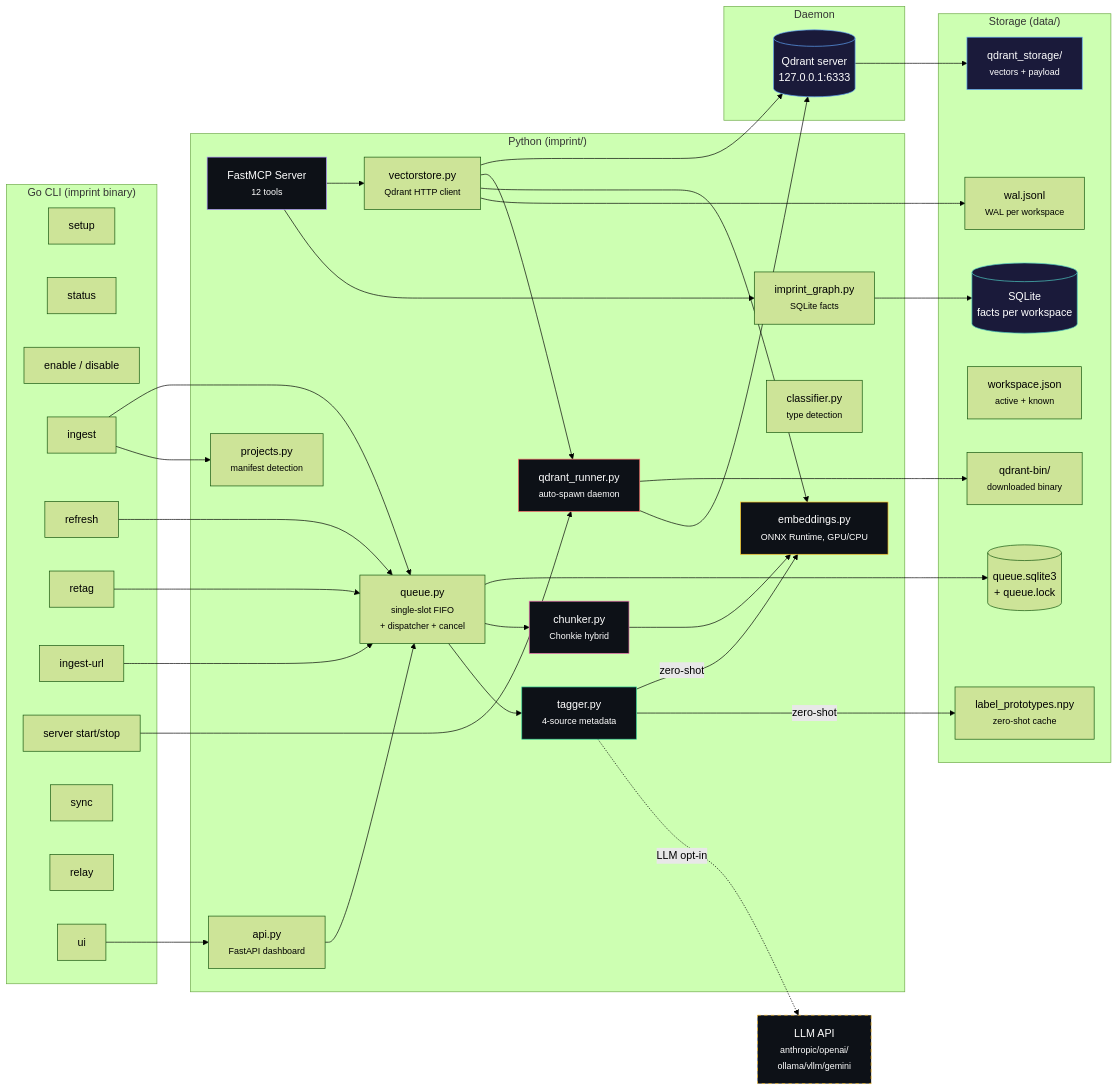
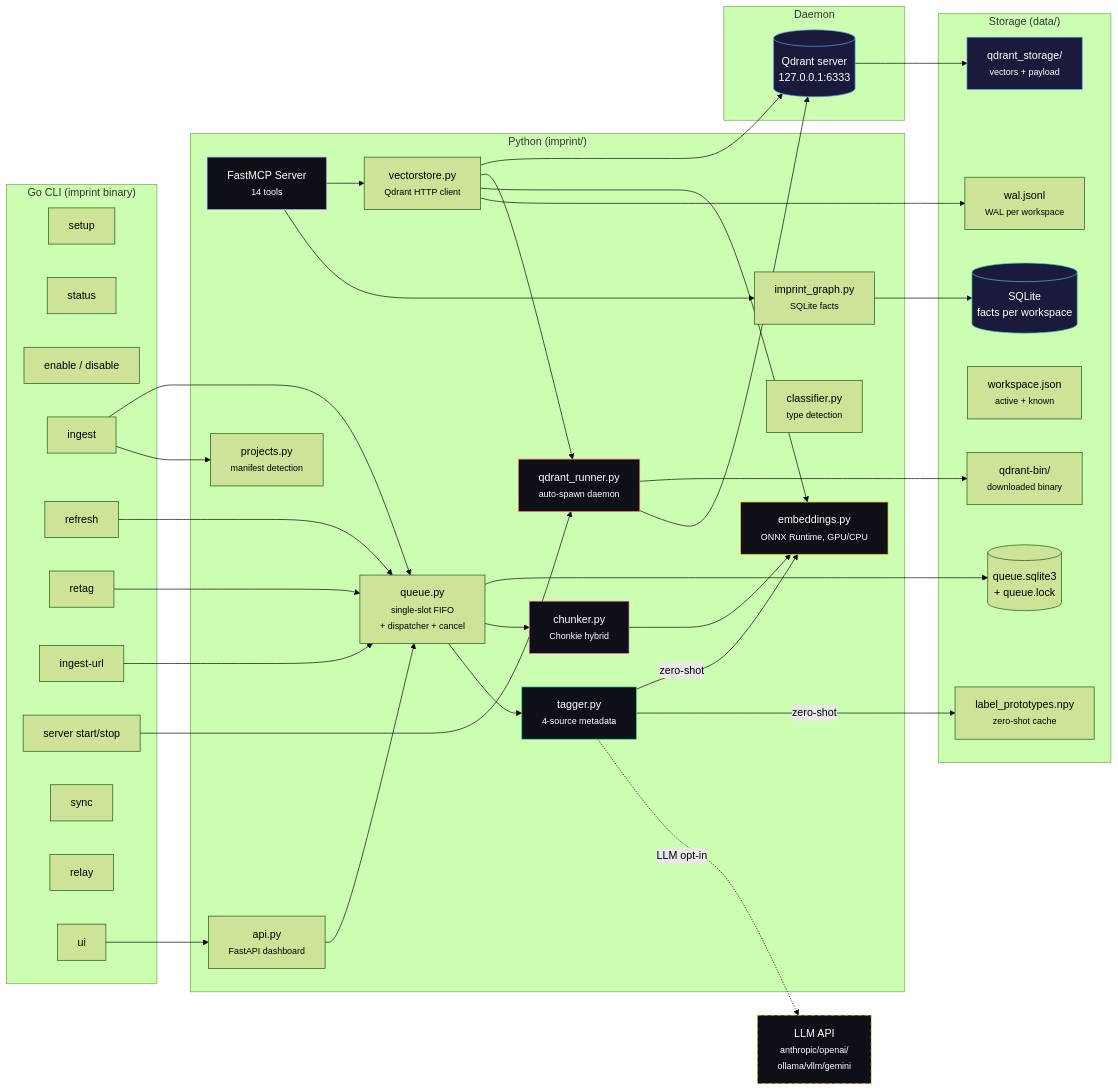
One commit to alexandruleca/imprint-memory-layer changed the first of 3 diagrams in docs/architecture.md. Above: the diagram before and after it, drawn with Mermaid (forest theme). The commit also changed other lines of this file and 157 other files, not shown here.

````diff
--- a/docs/architecture.md
+++ b/docs/architecture.md
@@ -7,75 +7,75 @@
 ```mermaid
 graph LR
     subgraph "Go CLI (imprint binary)"
         SETUP[setup]
         STATUS[status]
         ENABLE[enable / disable]
         INGEST[ingest]
         REFRESH[refresh]
         RETAG[retag]
         IURL[ingest-url]
         SERVER[server start/stop]
         SYNC[sync]
         RELAY[relay]
         UI[ui]
     end
 
     subgraph "Python (imprint/)"
-        MCP[FastMCP Server<br/><small>12 tools</small>]
+        MCP[FastMCP Server<br/><small>14 tools</small>]
         VS[vectorstore.py<br/><small>Qdrant HTTP client</small>]
         QR[qdrant_runner.py<br/><small>auto-spawn daemon</small>]
         EMB[embeddings.py<br/><small>ONNX Runtime, GPU/CPU</small>]
         KG[imprint_graph.py<br/><small>SQLite facts</small>]
         CHK[chunker.py<br/><small>Chonkie hybrid</small>]
         TAG[tagger.py<br/><small>4-source metadata</small>]
         CLS[classifier.py<br/><small>type detection</small>]
         PRJ[projects.py<br/><small>manifest detection</small>]
         QUEUE[queue.py<br/><small>single-slot FIFO<br/>+ dispatcher + cancel</small>]
         API[api.py<br/><small>FastAPI dashboard</small>]
     end
 
     subgraph "Daemon"
         QSRV[(Qdrant server<br/>127.0.0.1:6333)]
     end
 
     subgraph "Storage (data/)"
         QSTORE[qdrant_storage/<br/><small>vectors + payload</small>]
         SQLITE[(SQLite<br/>facts per workspace)]
         WAL[wal.jsonl<br/><small>WAL per workspace</small>]
         WSCFG[workspace.json<br/><small>active + known</small>]
         PROTO[label_prototypes.npy<br/><small>zero-shot cache</small>]
         QBIN[qdrant-bin/<br/><small>downloaded binary</small>]
         QDB[(queue.sqlite3<br/>+ queue.lock)]
     end
 
     MCP --> VS --> QSRV --> QSTORE
     MCP --> KG --> SQLITE
     VS --> QR
     QR --> QBIN
     QR --> QSRV
     VS --> EMB
     VS --> WAL
     INGEST --> QUEUE
     REFRESH --> QUEUE
     RETAG --> QUEUE
     IURL --> QUEUE
     UI --> API --> QUEUE
     QUEUE --> QDB
     QUEUE --> CHK --> EMB
     QUEUE --> TAG
     TAG --zero-shot--> EMB
     TAG --zero-shot--> PROTO
     TAG -.LLM opt-in.-> LLM_API[LLM API<br/><small>anthropic/openai/<br/>ollama/vllm/gemini</small>]
     INGEST --> PRJ
     SERVER --> QR
 
     style QSRV fill:#1a1a3a,stroke:#60a5fa,color:#fff
     style QSTORE fill:#1a1a3a,stroke:#60a5fa,color:#fff
     style SQLITE fill:#1a1a3a,stroke:#4ecdc4,color:#fff
     style MCP fill:#0d1117,stroke:#a78bfa,color:#fff
     style EMB fill:#0d1117,stroke:#fbbf24,color:#fff
     style CHK fill:#0d1117,stroke:#f472b6,color:#fff
     style TAG fill:#0d1117,stroke:#34d399,color:#fff
     style QR fill:#0d1117,stroke:#ff6b6b,color:#fff
     style LLM_API fill:#0d1117,stroke:#fbbf24,color:#fff,stroke-dasharray: 5 5
 ```
````
